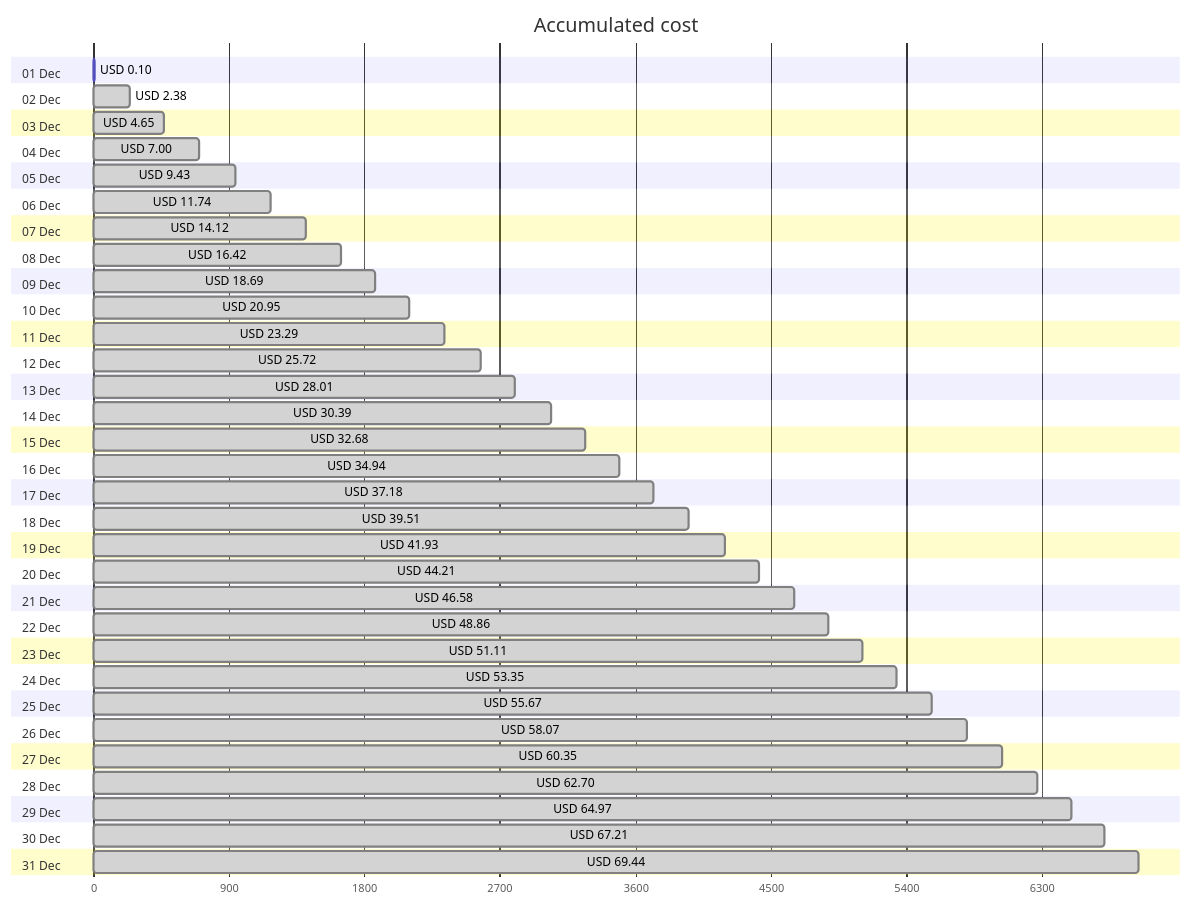
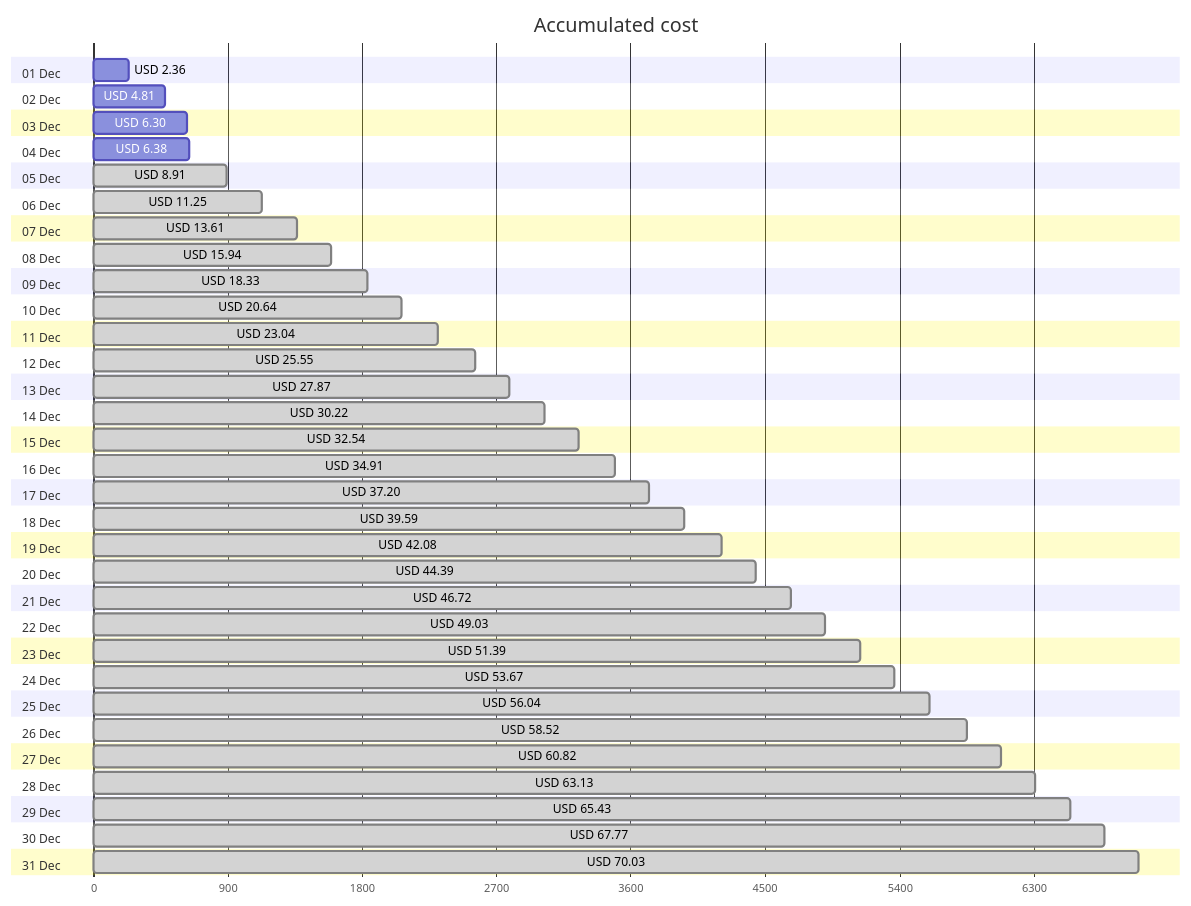
One commit to jpfulton/azure-personal-reports changed the first of 4 diagrams in cost-reports/accumulated-cost.md. Above: the diagram before and after it, drawn with Mermaid. The commit also changed other lines of this file and 4 other files, not shown here.

````diff
--- a/cost-reports/accumulated-cost.md
+++ b/cost-reports/accumulated-cost.md
@@ -20,68 +20,68 @@
 ```mermaid
 gantt
    title Accumulated cost
    dateFormat  X
    axisFormat %s
    section 01 Dec
-   USD 0.10 :0, 10
+   USD 2.36 :0, 236
    section 02 Dec
-   USD 2.38 : done, 0, 238
+   USD 4.81 :0, 481
    section 03 Dec
-   USD 4.65 : done, 0, 465
+   USD 6.30 :0, 630
    section 04 Dec
-   USD 7.00 : done, 0, 700
+   USD 6.38 :0, 638
    section 05 Dec
-   USD 9.43 : done, 0, 943
+   USD 8.91 : done, 0, 891
    section 06 Dec
-   USD 11.74 : done, 0, 1174
+   USD 11.25 : done, 0, 1125
    section 07 Dec
-   USD 14.12 : done, 0, 1412
+   USD 13.61 : done, 0, 1361
    section 08 Dec
-   USD 16.42 : done, 0, 1642
+   USD 15.94 : done, 0, 1594
    section 09 Dec
-   USD 18.69 : done, 0, 1869
+   USD 18.33 : done, 0, 1833
    section 10 Dec
-   USD 20.95 : done, 0, 2095
+   USD 20.64 : done, 0, 2064
    section 11 Dec
-   USD 23.29 : done, 0, 2329
+   USD 23.04 : done, 0, 2304
    section 12 Dec
-   USD 25.72 : done, 0, 2572
+   USD 25.55 : done, 0, 2555
    section 13 Dec
-   USD 28.01 : done, 0, 2801
+   USD 27.87 : done, 0, 2787
    section 14 Dec
-   USD 30.39 : done, 0, 3039
+   USD 30.22 : done, 0, 3022
    section 15 Dec
-   USD 32.68 : done, 0, 3268
+   USD 32.54 : done, 0, 3254
    section 16 Dec
-   USD 34.94 : done, 0, 3494
+   USD 34.91 : done, 0, 3491
    section 17 Dec
-   USD 37.18 : done, 0, 3718
+   USD 37.20 : done, 0, 3720
    section 18 Dec
-   USD 39.51 : done, 0, 3951
+   USD 39.59 : done, 0, 3959
    section 19 Dec
-   USD 41.93 : done, 0, 4193
+   USD 42.08 : done, 0, 4208
    section 20 Dec
-   USD 44.21 : done, 0, 4421
+   USD 44.39 : done, 0, 4439
    section 21 Dec
-   USD 46.58 : done, 0, 4658
+   USD 46.72 : done, 0, 4672
    section 22 Dec
-   USD 48.86 : done, 0, 4886
+   USD 49.03 : done, 0, 4903
    section 23 Dec
-   USD 51.11 : done, 0, 5111
+   USD 51.39 : done, 0, 5139
    section 24 Dec
-   USD 53.35 : done, 0, 5335
+   USD 53.67 : done, 0, 5367
    section 25 Dec
-   USD 55.67 : done, 0, 5567
+   USD 56.04 : done, 0, 5604
    section 26 Dec
-   USD 58.07 : done, 0, 5807
+   USD 58.52 : done, 0, 5852
    section 27 Dec
-   USD 60.35 : done, 0, 6035
+   USD 60.82 : done, 0, 6082
    section 28 Dec
-   USD 62.70 : done, 0, 6270
+   USD 63.13 : done, 0, 6313
    section 29 Dec
-   USD 64.97 : done, 0, 6497
+   USD 65.43 : done, 0, 6543
    section 30 Dec
-   USD 67.21 : done, 0, 6721
+   USD 67.77 : done, 0, 6777
    section 31 Dec
-   USD 69.44 : done, 0, 6944
+   USD 70.03 : done, 0, 7003
 ```
````
